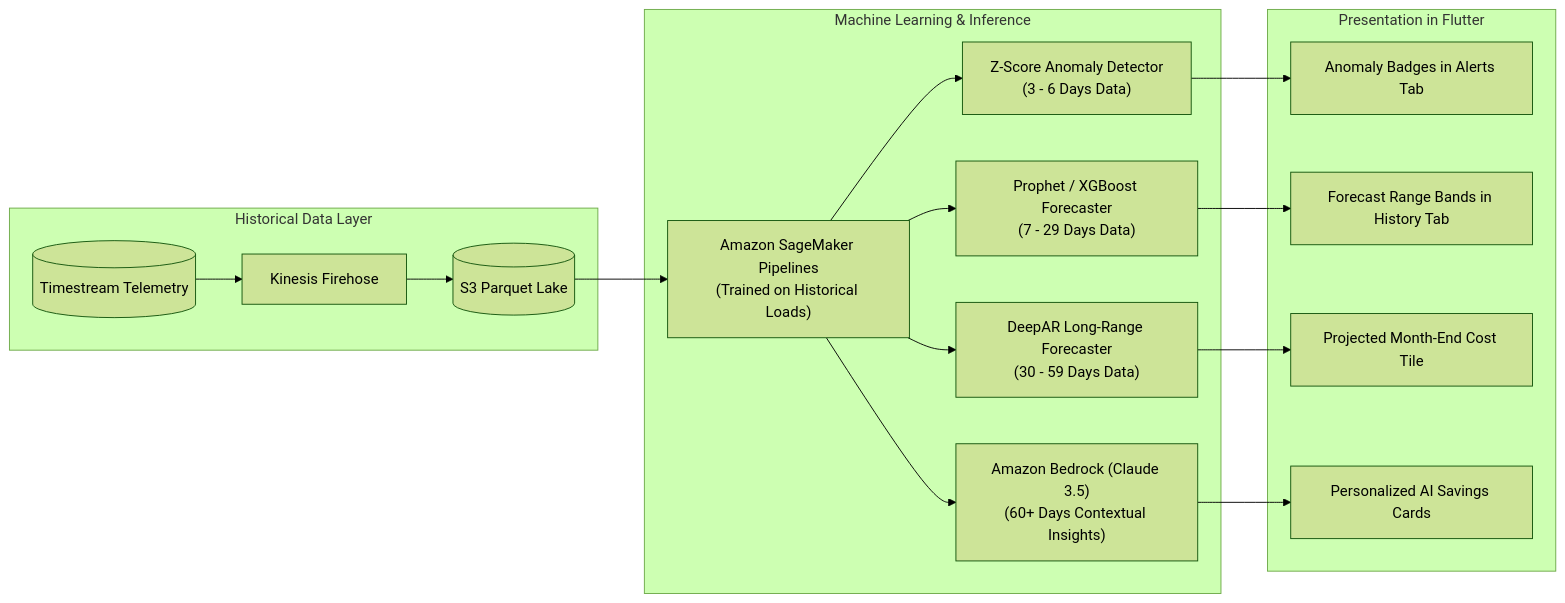
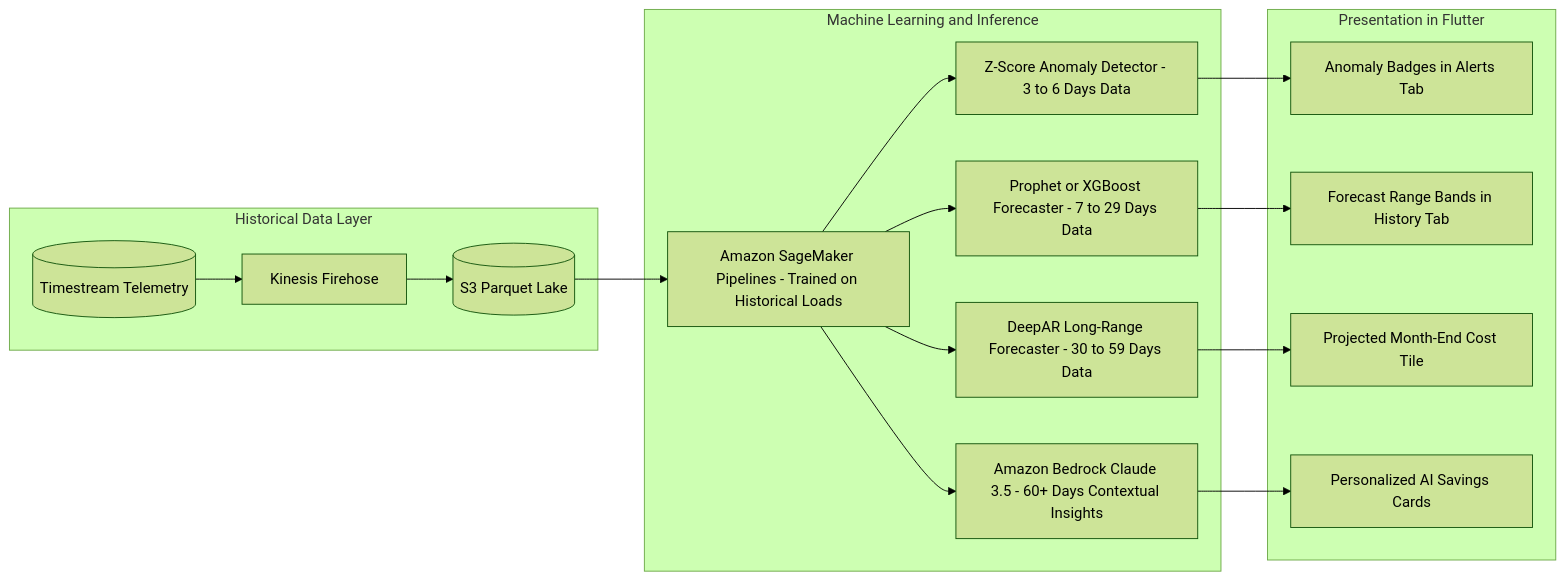
Before and after one commit to VimalChaudhary07/SEMS: the ninth of 11 diagrams in README.md, drawn with Mermaid (forest theme). The commit also changed other lines of this file and 5 other files, not shown here.

````diff
--- a/README.md
+++ b/README.md
@@ -484,22 +487,22 @@
 ```mermaid
 flowchart LR
     subgraph Storage["Historical Data Layer"]
         Timestream[("Timestream Telemetry")] --> Firehose["Kinesis Firehose"]
         Firehose --> S3[("S3 Parquet Lake")]
     end
 
-    subgraph ML_Pipeline["Machine Learning & Inference"]
-        S3 --> SageMaker["Amazon SageMaker Pipelines<br/>(Trained on Historical Loads)"]
-        SageMaker --> Anomaly["Z-Score Anomaly Detector<br/>(3 - 6 Days Data)"]
-        SageMaker --> Forecast["Prophet / XGBoost Forecaster<br/>(7 - 29 Days Data)"]
-        SageMaker --> Monthly["DeepAR Long-Range Forecaster<br/>(30 - 59 Days Data)"]
-        SageMaker --> Bedrock["Amazon Bedrock (Claude 3.5)<br/>(60+ Days Contextual Insights)"]
+    subgraph ML_Pipeline["Machine Learning and Inference"]
+        S3 --> SageMaker["Amazon SageMaker Pipelines - Trained on Historical Loads"]
+        SageMaker --> Anomaly["Z-Score Anomaly Detector - 3 to 6 Days Data"]
+        SageMaker --> Forecast["Prophet or XGBoost Forecaster - 7 to 29 Days Data"]
+        SageMaker --> Monthly["DeepAR Long-Range Forecaster - 30 to 59 Days Data"]
+        SageMaker --> Bedrock["Amazon Bedrock Claude 3.5 - 60+ Days Contextual Insights"]
     end
 
     subgraph AppSync["Presentation in Flutter"]
         Anomaly --> AppInsights["Anomaly Badges in Alerts Tab"]
         Forecast --> AppChart["Forecast Range Bands in History Tab"]
         Monthly --> AppBudget["Projected Month-End Cost Tile"]
         Bedrock --> AppRecs["Personalized AI Savings Cards"]
     end
 ```
````
